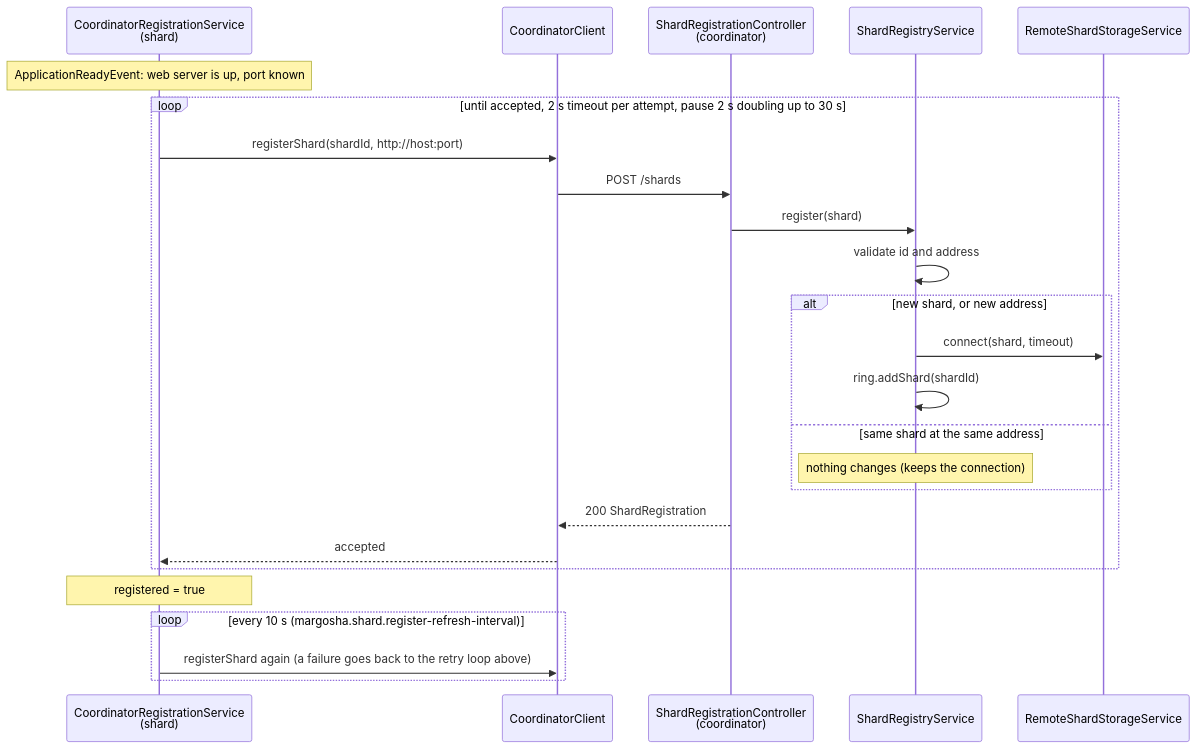
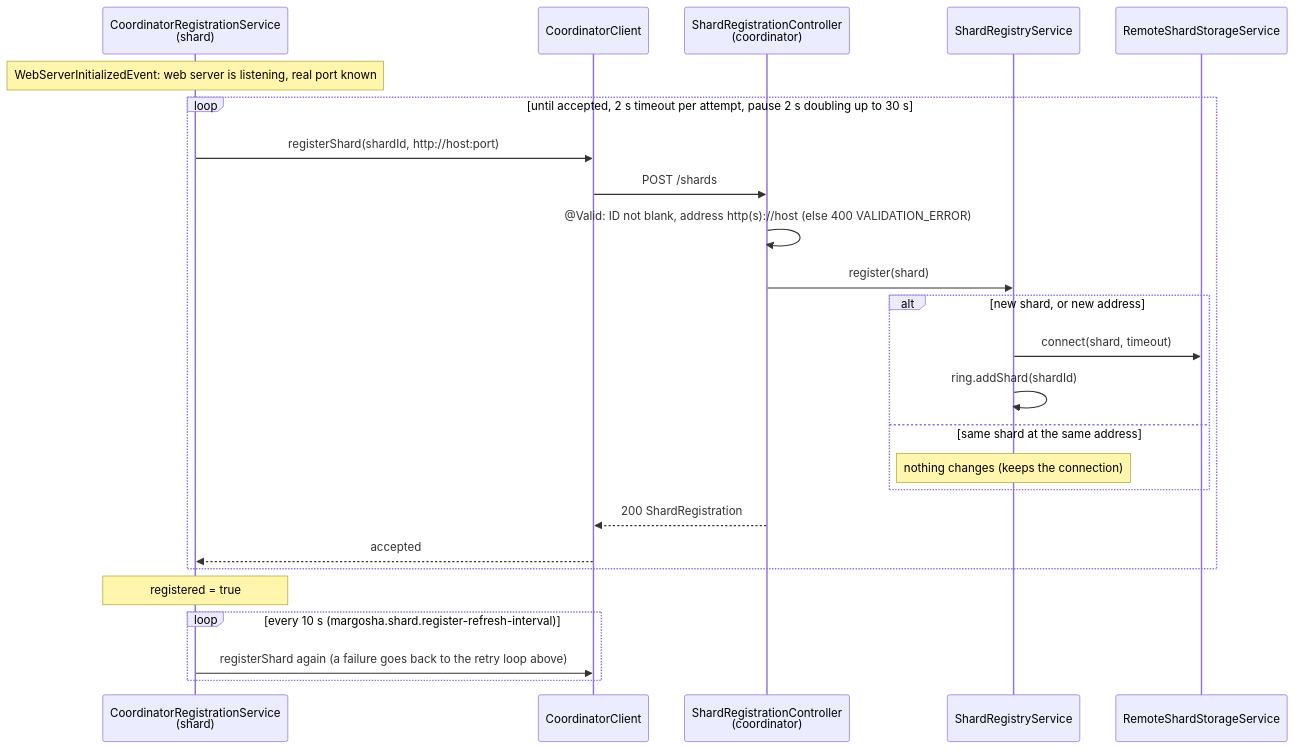
One commit to MarharytaFilipovych/margosha-db changed the second of 4 diagrams in README.md. Above: the diagram before and after it, drawn with Mermaid. The commit also changed other lines of this file and 36 other files, not shown here.

````diff
--- a/README.md
+++ b/README.md
@@ -308,28 +318,28 @@
 ```mermaid
 sequenceDiagram
     participant S as CoordinatorRegistrationService<br/>(shard)
     participant CC as CoordinatorClient
     participant SRC as ShardRegistrationController<br/>(coordinator)
     participant SR as ShardRegistryService
     participant RS as RemoteShardStorageService
 
-    Note over S: ApplicationReadyEvent: web server is up, port known
+    Note over S: WebServerInitializedEvent: web server is listening, real port known
     loop until accepted, 2 s timeout per attempt, pause 2 s doubling up to 30 s
         S->>CC: registerShard(shardId, http://host:port)
         CC->>SRC: POST /shards
+        SRC->>SRC: @Valid: ID not blank, address http(s)://host (else 400 VALIDATION_ERROR)
         SRC->>SR: register(shard)
-        SR->>SR: validate id and address
         alt new shard, or new address
             SR->>RS: connect(shard, timeout)
             SR->>SR: ring.addShard(shardId)
         else same shard at the same address
             Note over SR: nothing changes (keeps the connection)
         end
         SRC-->>CC: 200 ShardRegistration
         CC-->>S: accepted
     end
     Note over S: registered = true
     loop every 10 s (margosha.shard.register-refresh-interval)
         S->>CC: registerShard again (a failure goes back to the retry loop above)
     end
 ```
````
